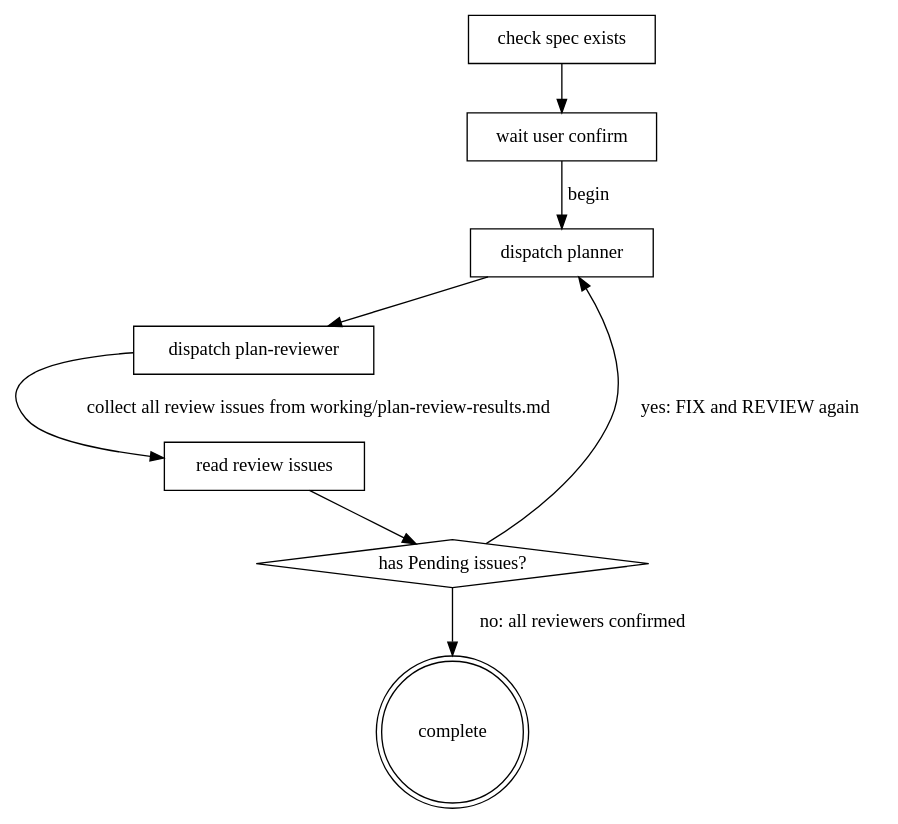
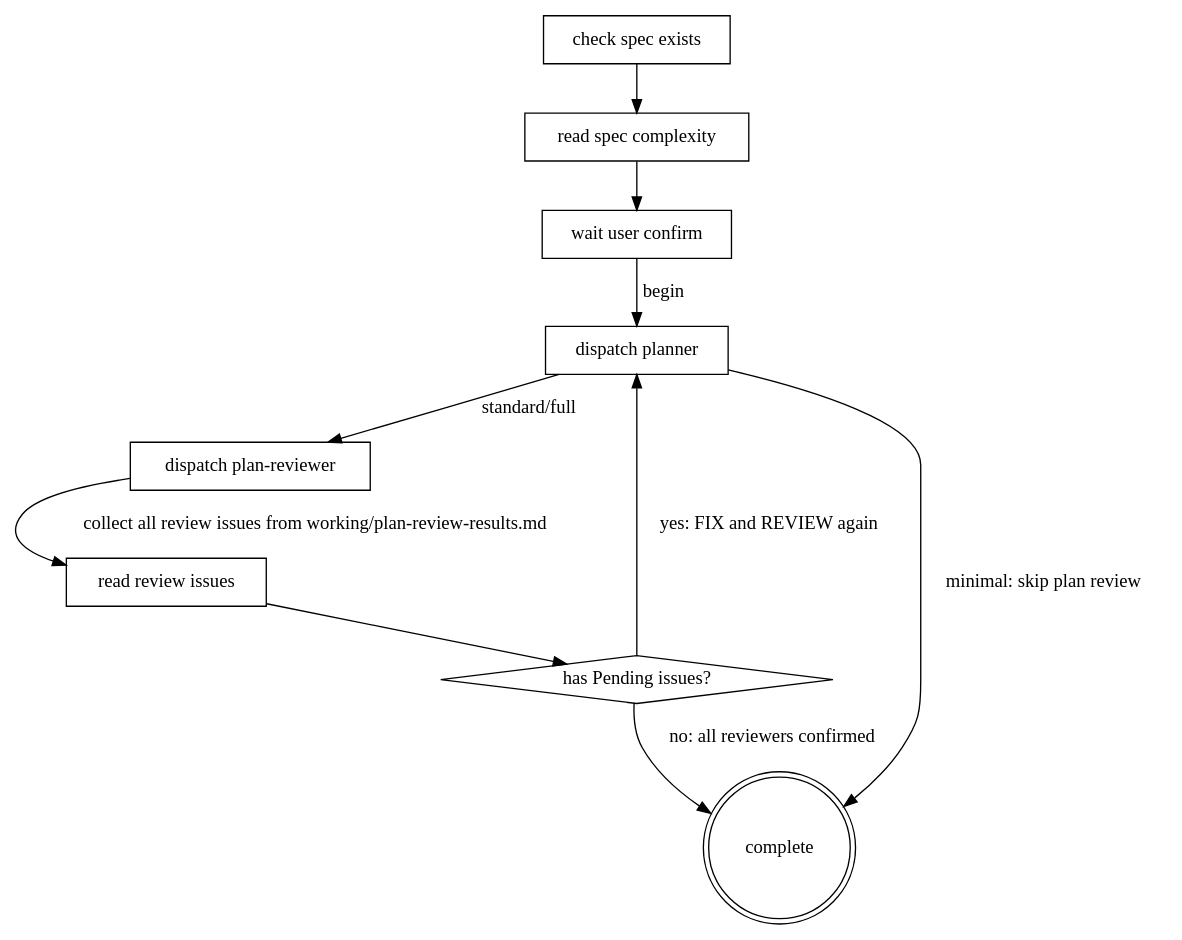
Before and after one commit to yueliang13/metastate: the diagram in dist/coding/skills/planning/SKILL.md, drawn with Graphviz. The commit also changed other lines of this file and 6 other files, not shown here.

````diff
--- a/dist/coding/skills/planning/SKILL.md
+++ b/dist/coding/skills/planning/SKILL.md
@@ -42,25 +56,30 @@
 ```dot
 digraph planning_flow {
   "check spec exists" [shape=box]
+  "read spec complexity" [shape=box]
   "wait user confirm" [shape=box]
   "dispatch planner" [shape=box]
 
   "dispatch plan-reviewer" [shape=box]
 
   "read review issues" [shape=box]
   "has Pending issues?" [shape=diamond]
   "complete" [shape=doublecircle]
 
-  "check spec exists" -> "wait user confirm"
+  "check spec exists" -> "read spec complexity"
+  "read spec complexity" -> "wait user confirm"
   "wait user confirm" -> "dispatch planner" [label="begin"]
 
+  "dispatch planner" -> "complete" [label="minimal: skip plan review"]
 
-  "dispatch planner" -> "dispatch plan-reviewer"
+
+
+  "dispatch planner" -> "dispatch plan-reviewer" [label="standard/full"]
 
 
   "dispatch plan-reviewer" -> "read review issues" [label="collect all review issues from working/plan-review-results.md"]
   "read review issues" -> "has Pending issues?"
   "has Pending issues?" -> "dispatch planner" [label="yes: FIX and REVIEW again"]
   "has Pending issues?" -> "complete" [label="no: all reviewers confirmed"]
 }
 ```
````
